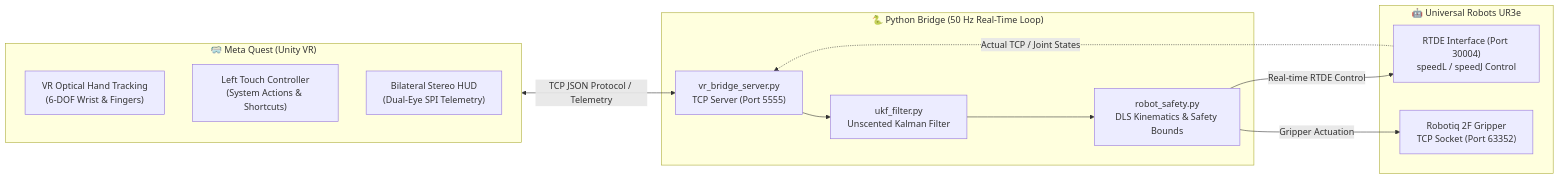
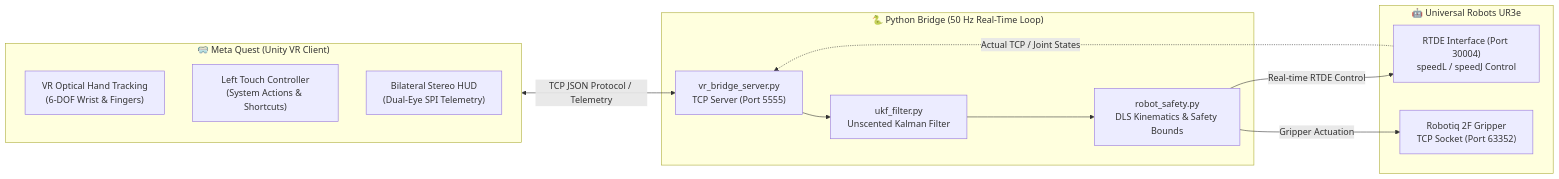
One commit to PhaiXD/ur3e-vr-bridge changed the diagram in README.md. Above: the diagram before and after it, drawn with Mermaid. The commit also changed other lines of this file, not shown here.

````diff
--- a/README.md
+++ b/README.md
@@ -10,26 +11,26 @@
 ```mermaid
 flowchart LR
-    subgraph VR ["🥽 Meta Quest (Unity VR)"]
+    subgraph VR ["🥽 Meta Quest (Unity VR Client)"]
         H["VR Optical Hand Tracking<br/>(6-DOF Wrist & Fingers)"]
         C["Left Touch Controller<br/>(System Actions & Shortcuts)"]
         HUD["Bilateral Stereo HUD<br/>(Dual-Eye SPI Telemetry)"]
     end
 
     subgraph Bridge ["🐍 Python Bridge (50 Hz Real-Time Loop)"]
         S["vr_bridge_server.py<br/>TCP Server (Port 5555)"]
         UKF["ukf_filter.py<br/>Unscented Kalman Filter"]
         SAFE["robot_safety.py<br/>DLS Kinematics & Safety Bounds"]
     end
 
     subgraph Robot ["🤖 Universal Robots UR3e"]
         RTDE["RTDE Interface (Port 30004)<br/>speedL / speedJ Control"]
         GRP["Robotiq 2F Gripper<br/>TCP Socket (Port 63352)"]
     end
 
     VR <--> |TCP JSON Protocol / Telemetry| S
     S --> UKF
     UKF --> SAFE
     SAFE --> |Real-time RTDE Control| RTDE
     SAFE --> |Gripper Actuation| GRP
     RTDE -.-> |Actual TCP / Joint States| S
 ```
````
